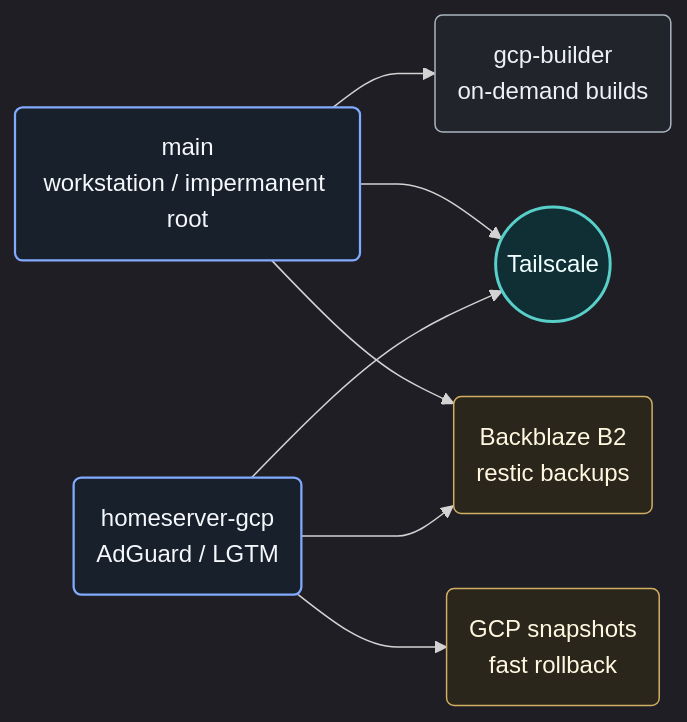
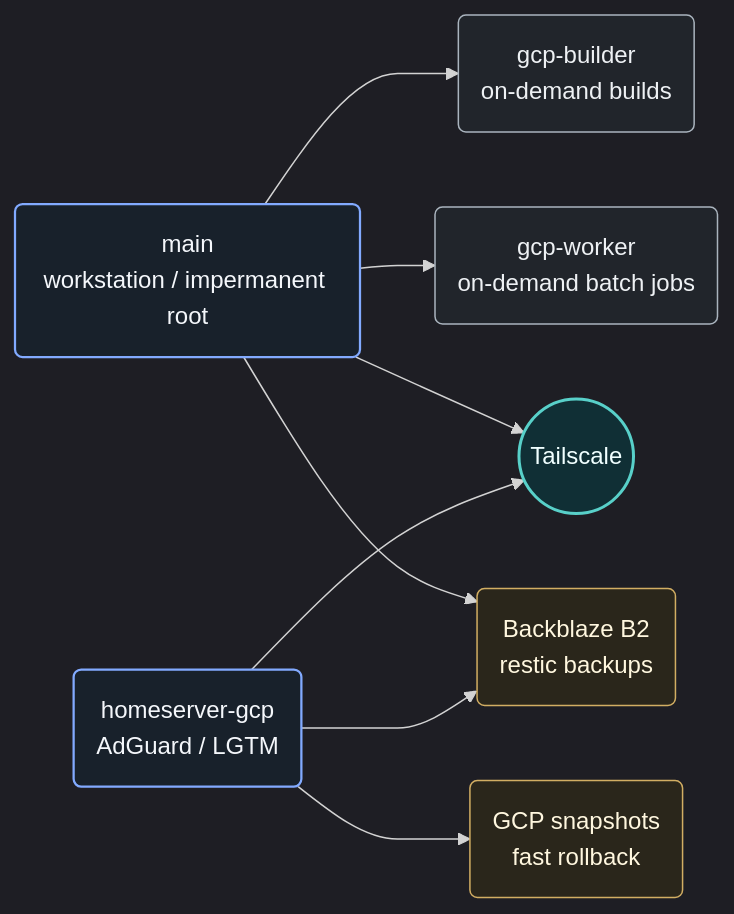
One commit to FilipNowakowicz/nixos-config changed the diagram in README.md. Above: the diagram before and after it, drawn with Mermaid. The commit also changed other lines of this file and 20 other files, not shown here.

First line of the commit message:
Add gcp-worker, an on-demand VM for long CPU-heavy jobs (#563)

````diff
--- a/README.md
+++ b/README.md
@@ -74,26 +74,28 @@
 ```mermaid
 %%{init: {"flowchart": {"curve": "monotoneX"}, "theme": "dark"}}%%
 flowchart LR
   main("main<br/>workstation / impermanent root")
   builder("gcp-builder<br/>on-demand builds")
+  worker("gcp-worker<br/>on-demand batch jobs")
   homeserver("homeserver-gcp<br/>AdGuard / LGTM")
   tailnet(("Tailscale"))
   b2("Backblaze B2<br/>restic backups")
   snapshots("GCP snapshots<br/>fast rollback")
 
   main --> builder
+  main --> worker
   main --> tailnet
   homeserver --> tailnet
   main --> b2
   homeserver --> b2
   homeserver --> snapshots
 
   classDef primary fill:#18212b,stroke:#82aaff,color:#f4f7fb,stroke-width:1.5px
   classDef secondary fill:#21252b,stroke:#aab4be,color:#eef1f4
   classDef storage fill:#2a261b,stroke:#d2ae63,color:#fff7df
   classDef network fill:#102f35,stroke:#58d0c9,color:#f0ffff,stroke-width:2px
   class main,homeserver primary
-  class builder secondary
+  class builder,worker secondary
   class b2,snapshots storage
   class tailnet network
 ```
````
